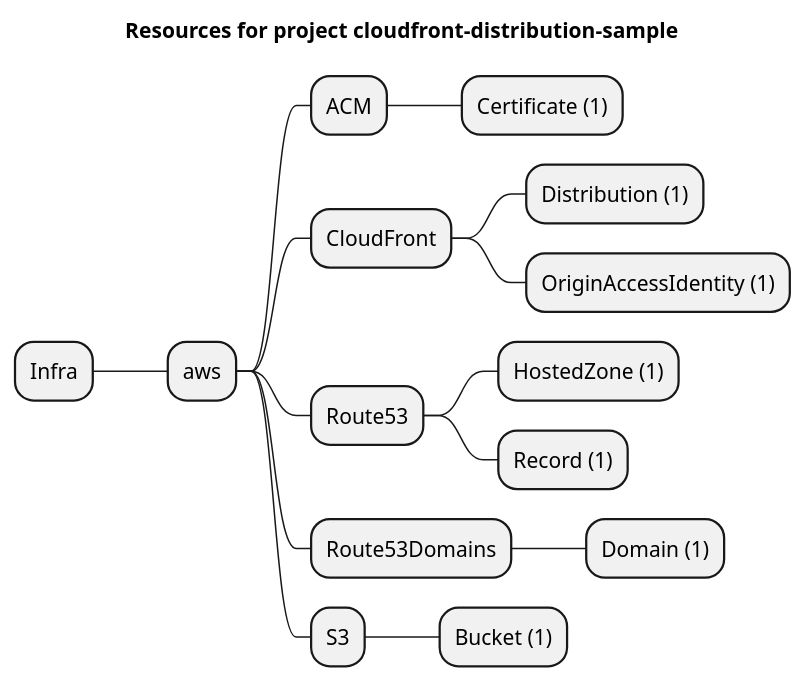
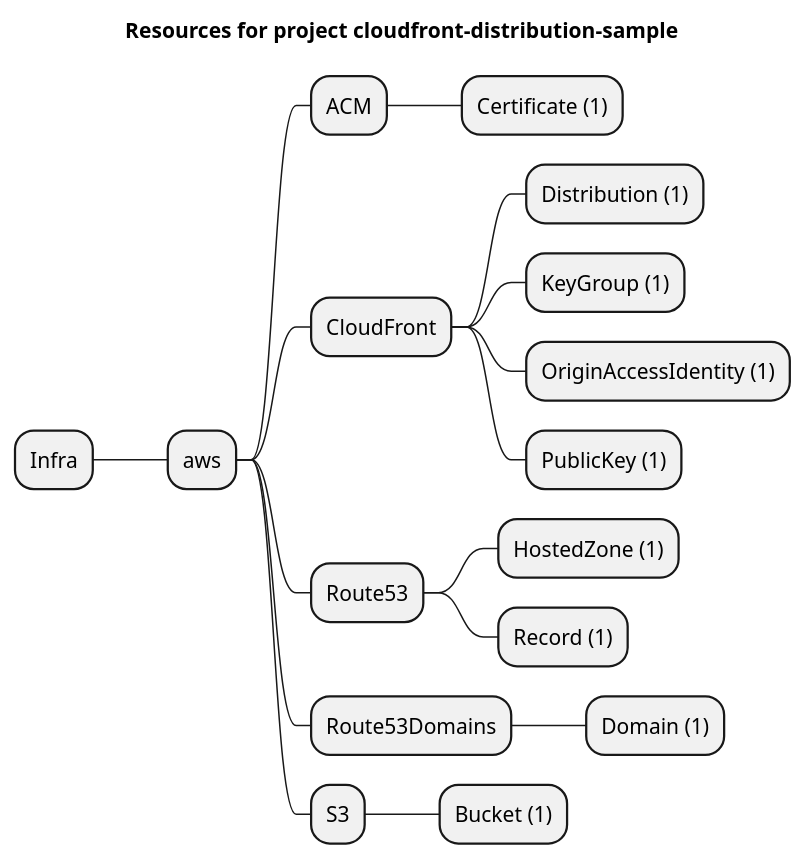
One commit to grucloud/grucloud changed the diagram in examples/aws/CloudFront/cloudfront-distribution/artifacts/resources-mindmap.puml. Above: the diagram before and after it, drawn with PlantUML. The commit also changed 2 other files, not shown here.

Commit message:
CloudWatchLogGroup dataProtectionPolicy fix

```diff
--- a/examples/aws/CloudFront/cloudfront-distribution/artifacts/resources-mindmap.puml
+++ b/examples/aws/CloudFront/cloudfront-distribution/artifacts/resources-mindmap.puml
@@ -1,18 +1,20 @@
 @startmindmap
 title Resources for project cloudfront-distribution-sample
 skinparam monochrome true
 + Infra
 ++ aws
 +++ ACM
 ++++ Certificate (1)
 +++ CloudFront
 ++++ Distribution (1)
+++++ KeyGroup (1)
 ++++ OriginAccessIdentity (1)
+++++ PublicKey (1)
 +++ Route53
 ++++ HostedZone (1)
 ++++ Record (1)
 +++ Route53Domains
 ++++ Domain (1)
 +++ S3
 ++++ Bucket (1)
 @endmindmap
```
